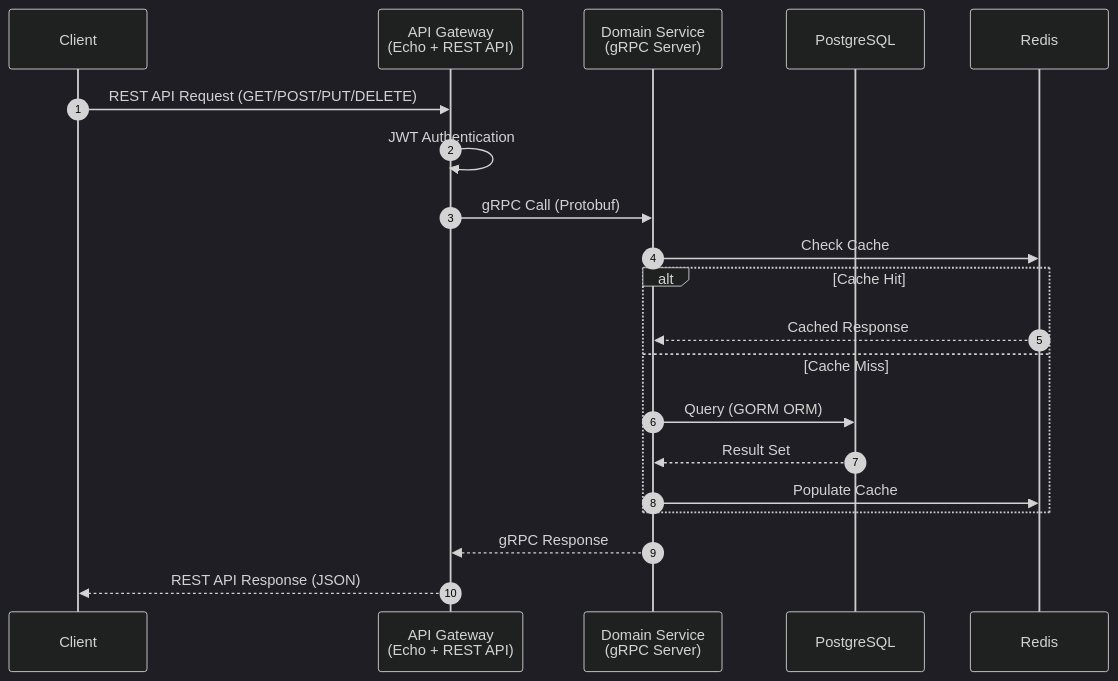
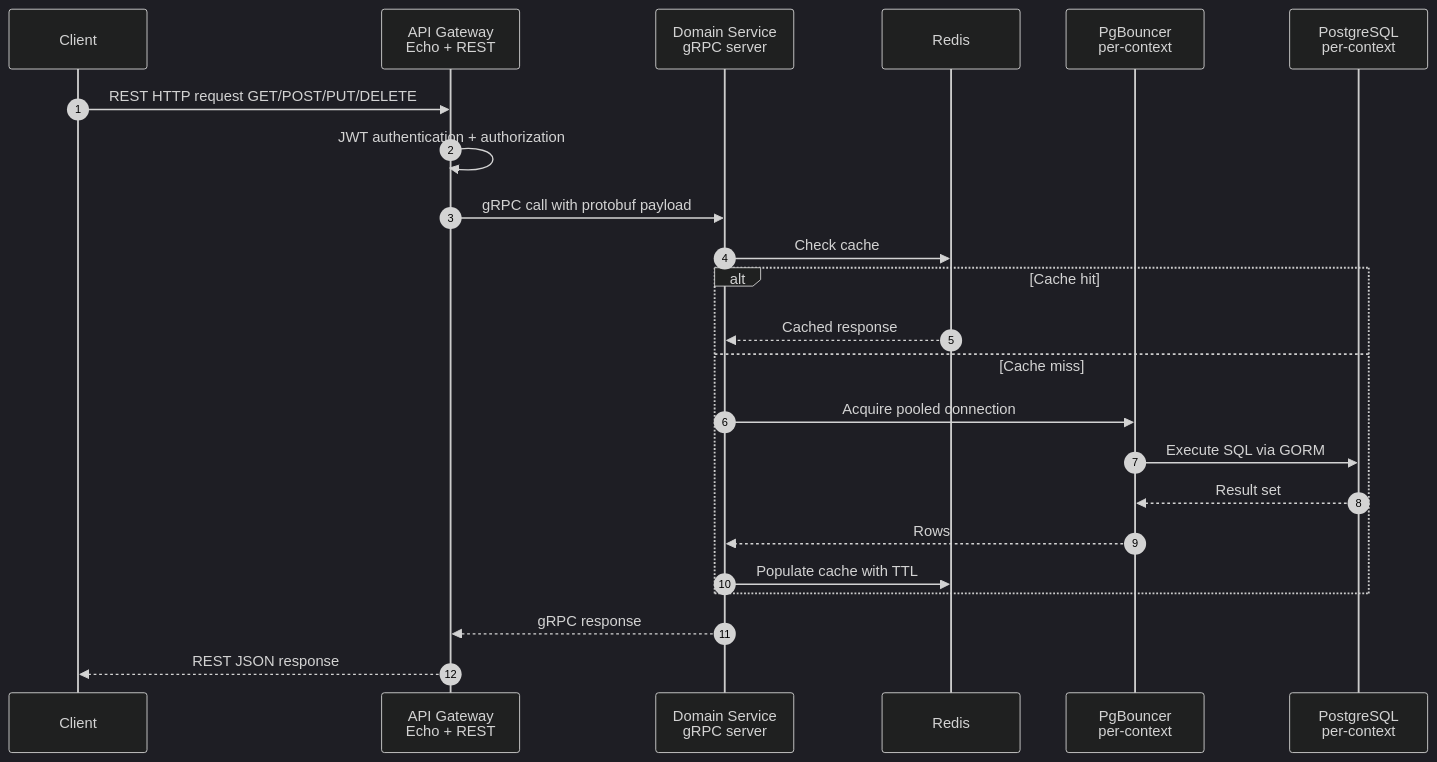
One commit to MamangRust/microservice-ecommerce-gorm changed the eighth of 14 diagrams in README.md. Above: the diagram before and after it, drawn with Mermaid (dark theme). The commit also changed other lines of this file and 1098 other files, not shown here.

````diff
--- a/README.md
+++ b/README.md
@@ -285,23 +690,26 @@
 ```mermaid
 sequenceDiagram
     autonumber
     participant C as Client
-    participant GW as API Gateway<br/>(Echo + REST API)
-    participant SVC as Domain Service<br/>(gRPC Server)
-    participant DB as PostgreSQL
-    participant CACHE as Redis
+    participant GW as API Gateway<br/>Echo + REST
+    participant SVC as Domain Service<br/>gRPC server
+    participant REDIS as Redis
+    participant PGB as PgBouncer<br/>per-context
+    participant DB as PostgreSQL<br/>per-context
 
-    C->>GW: REST API Request (GET/POST/PUT/DELETE)
-    GW->>GW: JWT Authentication
-    GW->>SVC: gRPC Call (Protobuf)
-    SVC->>CACHE: Check Cache
-    alt Cache Hit
-        CACHE-->>SVC: Cached Response
-    else Cache Miss
-        SVC->>DB: Query (GORM ORM)
-        DB-->>SVC: Result Set
-        SVC->>CACHE: Populate Cache
+    C->>GW: REST HTTP request GET/POST/PUT/DELETE
+    GW->>GW: JWT authentication + authorization
+    GW->>SVC: gRPC call with protobuf payload
+    SVC->>REDIS: Check cache
+    alt Cache hit
+        REDIS-->>SVC: Cached response
+    else Cache miss
+        SVC->>PGB: Acquire pooled connection
+        PGB->>DB: Execute SQL via GORM
+        DB-->>PGB: Result set
+        PGB-->>SVC: Rows
+        SVC->>REDIS: Populate cache with TTL
     end
-    SVC-->>GW: gRPC Response
-    GW-->>C: REST API Response (JSON)
+    SVC-->>GW: gRPC response
+    GW-->>C: REST JSON response
 ```
````
